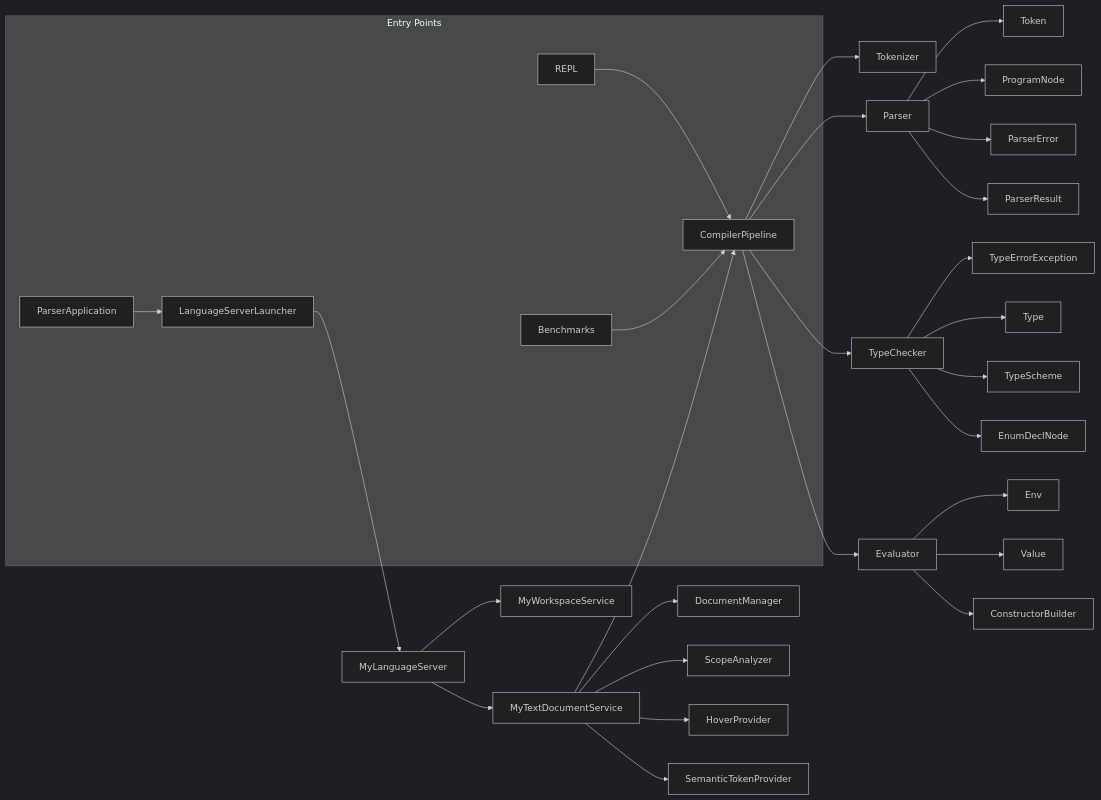
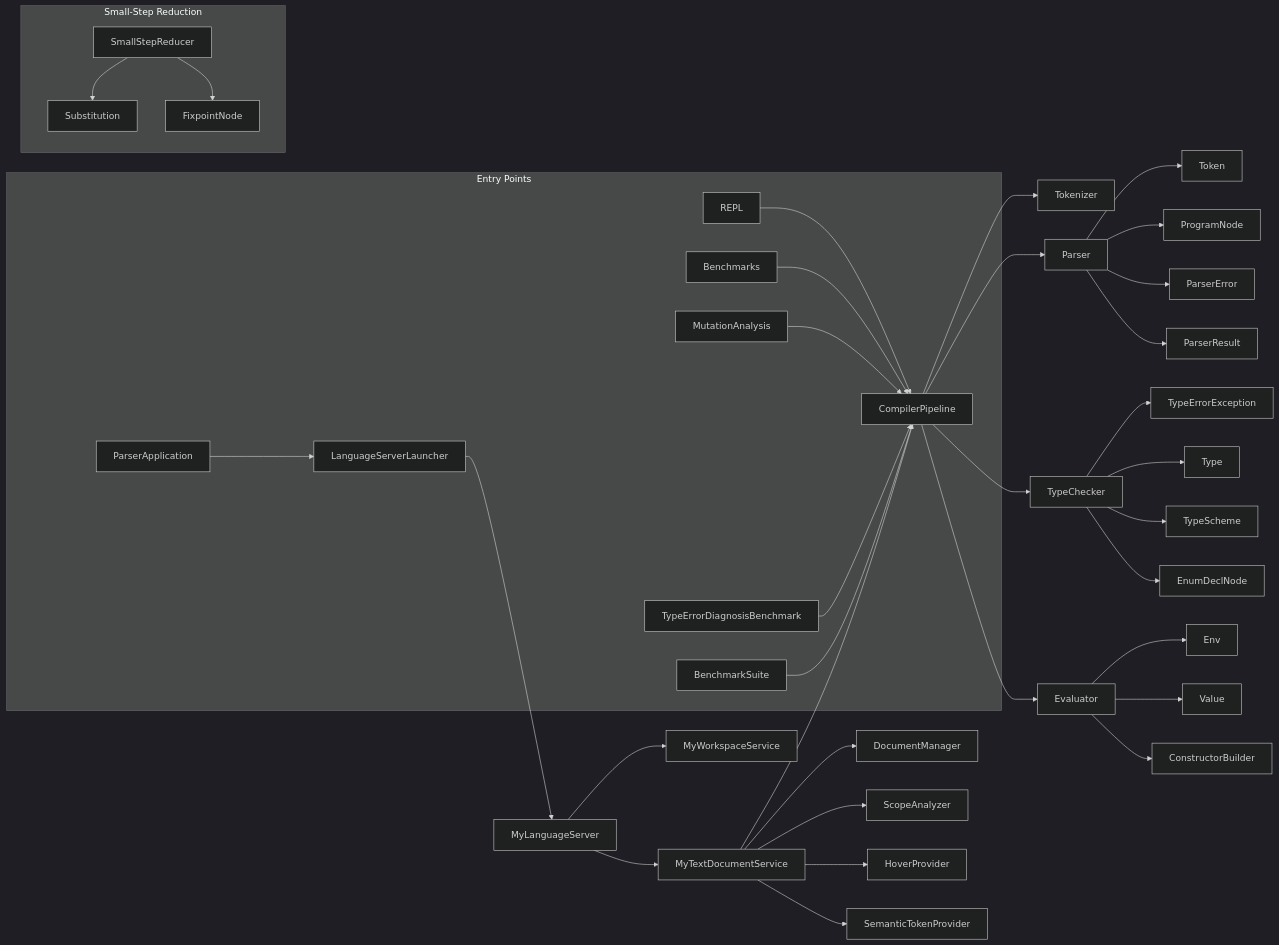
The third of 3 diagrams in docs/architecture.md (vhgevorgyan/scala-parser), drawn with Mermaid (dark theme) before and after one commit. The commit also changed other lines of this file and 1 other file, not shown here.

Commit message:
Doku-Updates: architecture.md (neue Komponenten, Typsystem, Reduction), benchmarks.md (BenchmarkSuite 4 Analysen)

````diff
--- a/docs/architecture.md
+++ b/docs/architecture.md
@@ -123,36 +130,44 @@
 ```mermaid
 flowchart LR
     subgraph MAIN["Entry Points"]
         ParserApplication --> LanguageServerLauncher
         REPL --> CompilerPipeline
         Benchmarks --> CompilerPipeline
+        MutationAnalysis --> CompilerPipeline
+        TypeErrorDiagnosisBenchmark --> CompilerPipeline
+        BenchmarkSuite --> CompilerPipeline
     end
 
     LanguageServerLauncher --> MyLanguageServer
     MyLanguageServer --> MyTextDocumentService
     MyLanguageServer --> MyWorkspaceService
     MyTextDocumentService --> DocumentManager
     MyTextDocumentService --> CompilerPipeline
     MyTextDocumentService --> ScopeAnalyzer
     MyTextDocumentService --> HoverProvider
     MyTextDocumentService --> SemanticTokenProvider
 
     CompilerPipeline --> Tokenizer
     CompilerPipeline --> Parser
     CompilerPipeline --> TypeChecker
     CompilerPipeline --> Evaluator
 
     TypeChecker --> TypeErrorException
     TypeChecker --> Type
     TypeChecker --> TypeScheme
     TypeChecker --> EnumDeclNode
 
     Evaluator --> Env
     Evaluator --> Value
     Evaluator --> ConstructorBuilder
 
     Parser --> Token
     Parser --> ProgramNode
     Parser --> ParserError
     Parser --> ParserResult
+
+    subgraph REDUCTION["Small-Step Reduction"]
+        SR[SmallStepReducer] --> Substitution
+        SR --> FixpointNode
+    end
 ```
````
